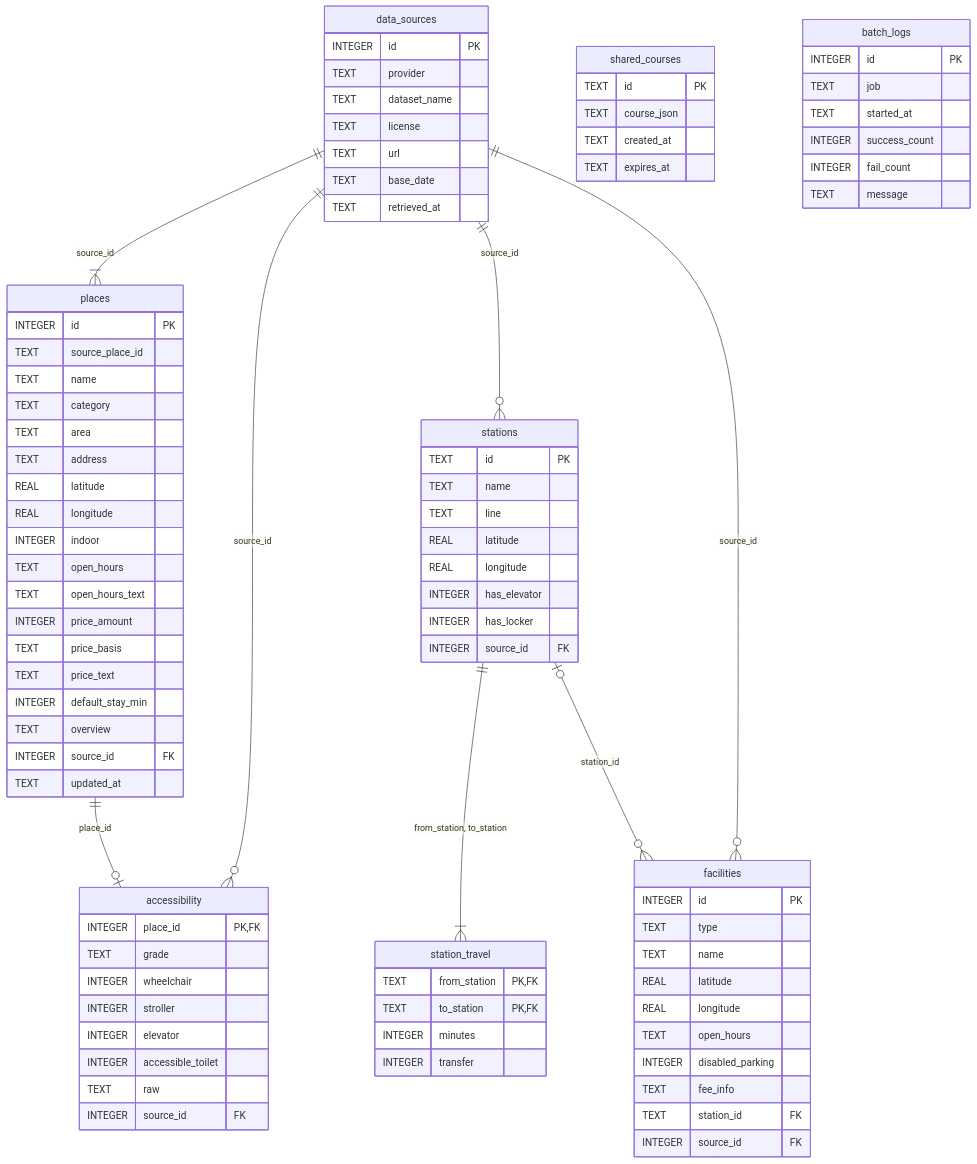
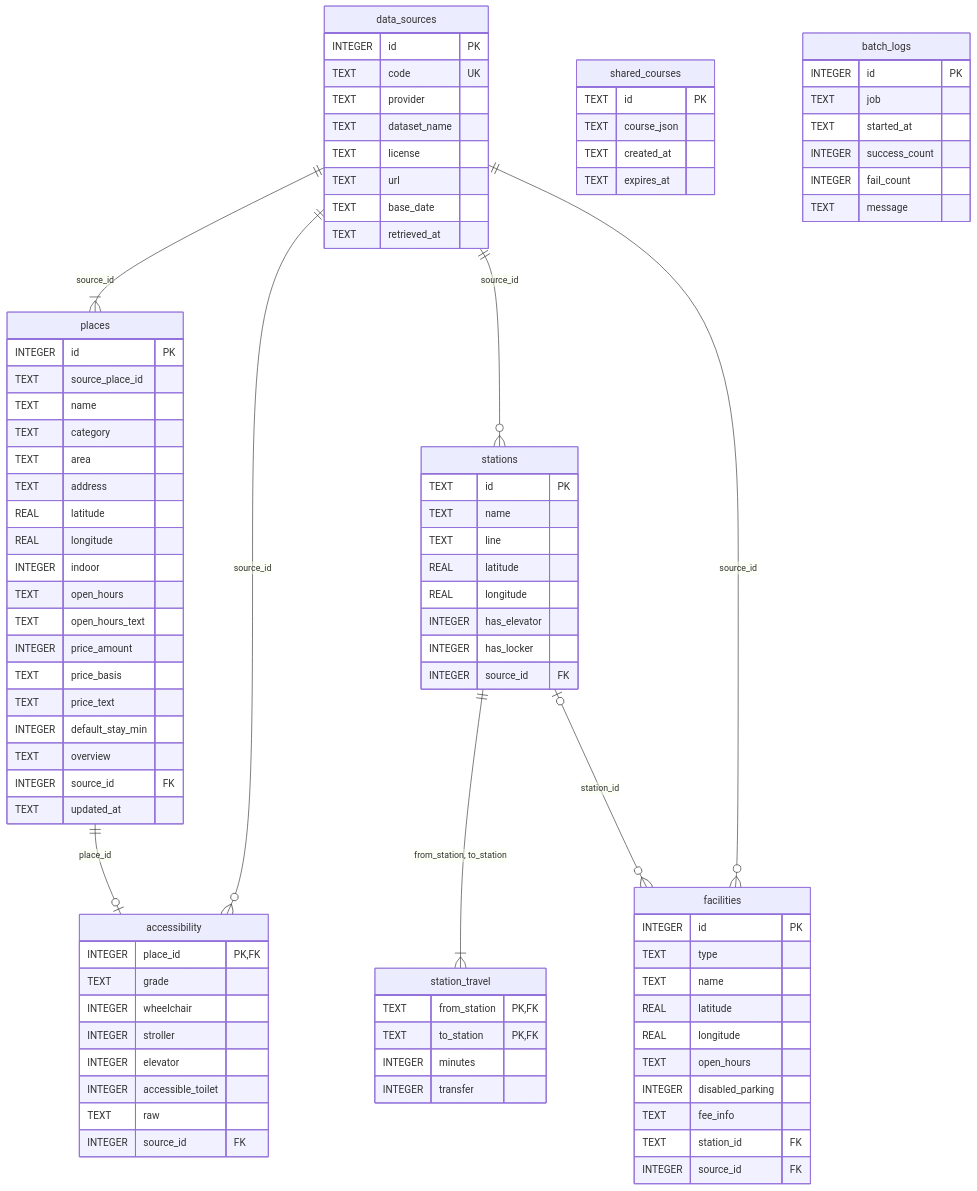
One commit to yongmoo123/busanfit changed the diagram in docs/diagrams/sdd-5-1-er.mmd. Above: the diagram before and after it, drawn with Mermaid. The commit also changed 6 other files, not shown here.

```diff
--- a/docs/diagrams/sdd-5-1-er.mmd
+++ b/docs/diagrams/sdd-5-1-er.mmd
@@ -1,92 +1,93 @@
 %% 그림 5-1. ER 다이어그램 (SQLite) (SDD 5.1) — 타입은 SQLite 실제 타입, 의미는 SDD 5.2 설명 칸 참조 (DEC-005)
 %% PNG 생성 (저장소 루트): npx -p @mermaid-js/mermaid-cli@11.4.2 mmdc -c docs/diagrams/mermaid.config.json -s 2 -b white -i docs/diagrams/sdd-5-1-er.mmd -o docs/images/sdd-5-1-er.png
 erDiagram
   data_sources ||--|{ places : "source_id"
   data_sources ||--o{ accessibility : "source_id"
   data_sources ||--o{ stations : "source_id"
   data_sources ||--o{ facilities : "source_id"
   places ||--o| accessibility : "place_id"
   stations ||--|{ station_travel : "from_station, to_station"
   stations |o--o{ facilities : "station_id"
 
   data_sources {
     INTEGER id PK
+    TEXT code UK
     TEXT provider
     TEXT dataset_name
     TEXT license
     TEXT url
     TEXT base_date
     TEXT retrieved_at
   }
   places {
     INTEGER id PK
     TEXT source_place_id
     TEXT name
     TEXT category
     TEXT area
     TEXT address
     REAL latitude
     REAL longitude
     INTEGER indoor
     TEXT open_hours
     TEXT open_hours_text
     INTEGER price_amount
     TEXT price_basis
     TEXT price_text
     INTEGER default_stay_min
     TEXT overview
     INTEGER source_id FK
     TEXT updated_at
   }
   accessibility {
     INTEGER place_id PK, FK
     TEXT grade
     INTEGER wheelchair
     INTEGER stroller
     INTEGER elevator
     INTEGER accessible_toilet
     TEXT raw
     INTEGER source_id FK
   }
   stations {
     TEXT id PK
     TEXT name
     TEXT line
     REAL latitude
     REAL longitude
     INTEGER has_elevator
     INTEGER has_locker
     INTEGER source_id FK
   }
   station_travel {
     TEXT from_station PK, FK
     TEXT to_station PK, FK
     INTEGER minutes
     INTEGER transfer
   }
   facilities {
     INTEGER id PK
     TEXT type
     TEXT name
     REAL latitude
     REAL longitude
     TEXT open_hours
     INTEGER disabled_parking
     TEXT fee_info
     TEXT station_id FK
     INTEGER source_id FK
   }
   shared_courses {
     TEXT id PK
     TEXT course_json
     TEXT created_at
     TEXT expires_at
   }
   batch_logs {
     INTEGER id PK
     TEXT job
     TEXT started_at
     INTEGER success_count
     INTEGER fail_count
     TEXT message
   }
```
